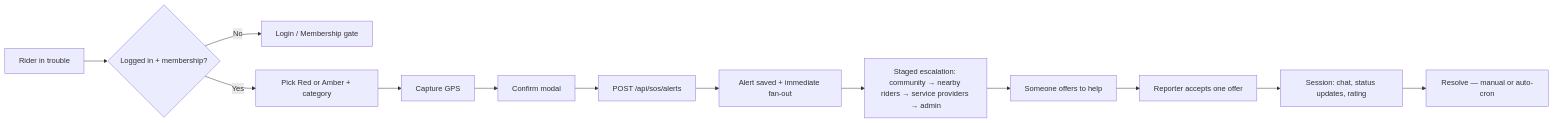
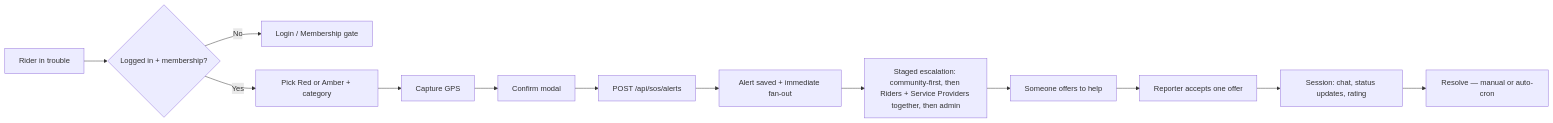
One commit to RiteshKumarNitk/bikie changed the first of 5 diagrams in .docs/SOS.md. Above: the diagram before and after it, drawn with Mermaid. The commit also changed other lines of this file and 11 other files, not shown here.

First line of the commit message:
fix(sos): dispatch Riders and Service Providers together, redact PII across every channel

````diff
--- a/.docs/SOS.md
+++ b/.docs/SOS.md
@@ -18,15 +22,15 @@
 ```mermaid
 flowchart LR
   A[Rider in trouble] --> B{Logged in + membership?}
   B -->|No| Z[Login / Membership gate]
   B -->|Yes| C[Pick Red or Amber + category]
   C --> D[Capture GPS]
   D --> E[Confirm modal]
   E --> F[POST /api/sos/alerts]
   F --> G[Alert saved + immediate fan-out]
-  G --> H[Staged escalation: community → nearby riders → service providers → admin]
+  G --> H[Staged escalation: community-first, then Riders + Service Providers together, then admin]
   H --> I[Someone offers to help]
   I --> J[Reporter accepts one offer]
   J --> K[Session: chat, status updates, rating]
   K --> L[Resolve — manual or auto-cron]
 ```
````
